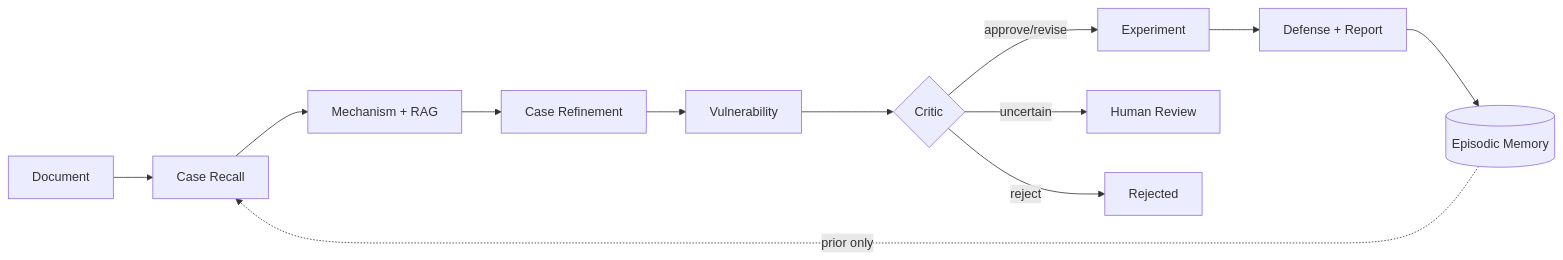
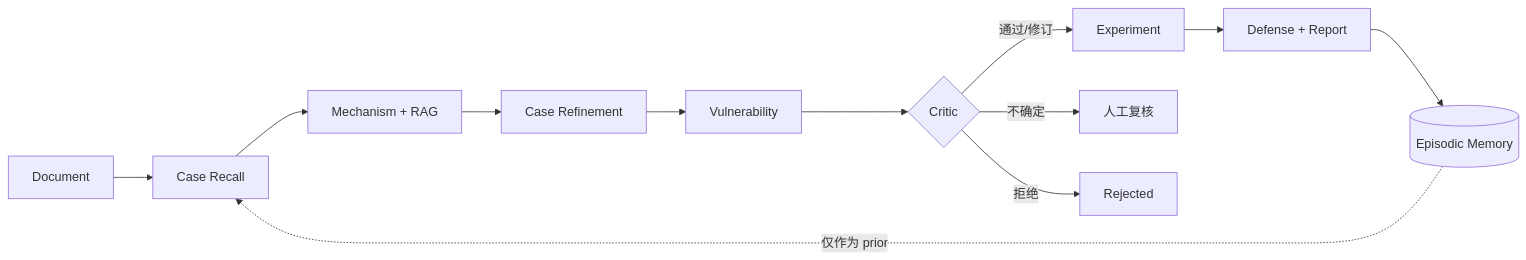
One commit to jiang-zixian/sensecllm-harness changed the diagram in docs/architecture.md. Above: the diagram before and after it, drawn with Mermaid. The commit also changed other lines of this file and 12 other files, not shown here.

````diff
--- a/docs/architecture.md
+++ b/docs/architecture.md
@@ -26,10 +24,10 @@
 ```mermaid
 flowchart LR
   D[Document] --> R[Case Recall] --> M[Mechanism + RAG]
   M --> F[Case Refinement] --> V[Vulnerability] --> C{Critic}
-  C -->|approve/revise| E[Experiment] --> X[Defense + Report]
-  C -->|uncertain| H[Human Review]
-  C -->|reject| Z[Rejected]
+  C -->|通过/修订| E[Experiment] --> X[Defense + Report]
+  C -->|不确定| H[人工复核]
+  C -->|拒绝| Z[Rejected]
   X --> EM[(Episodic Memory)]
-  EM -. prior only .-> R
+  EM -. 仅作为 prior .-> R
 ```
````
